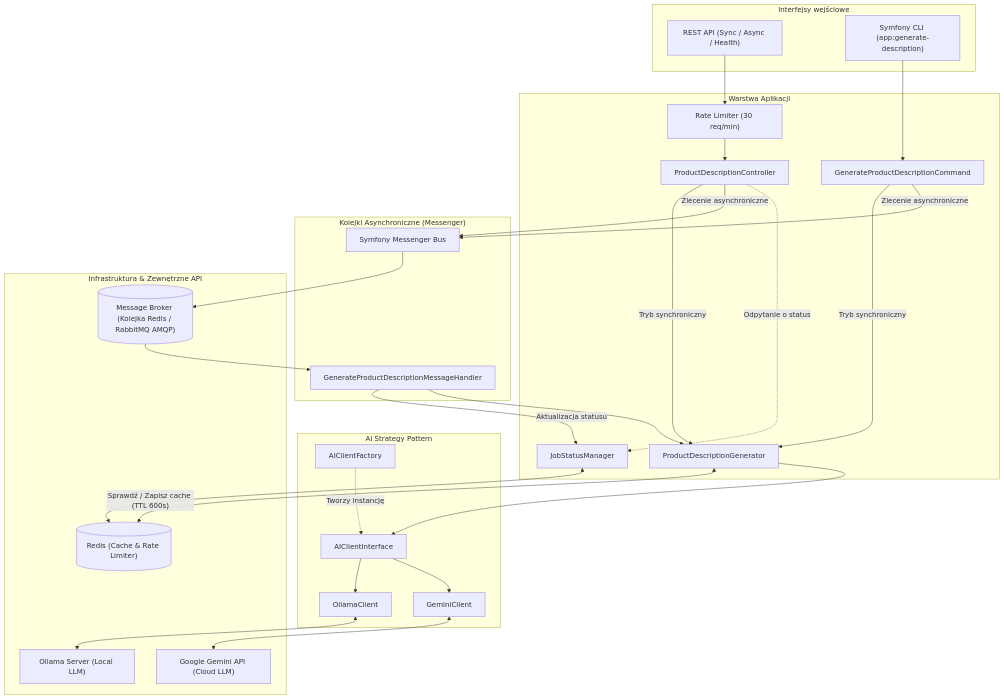
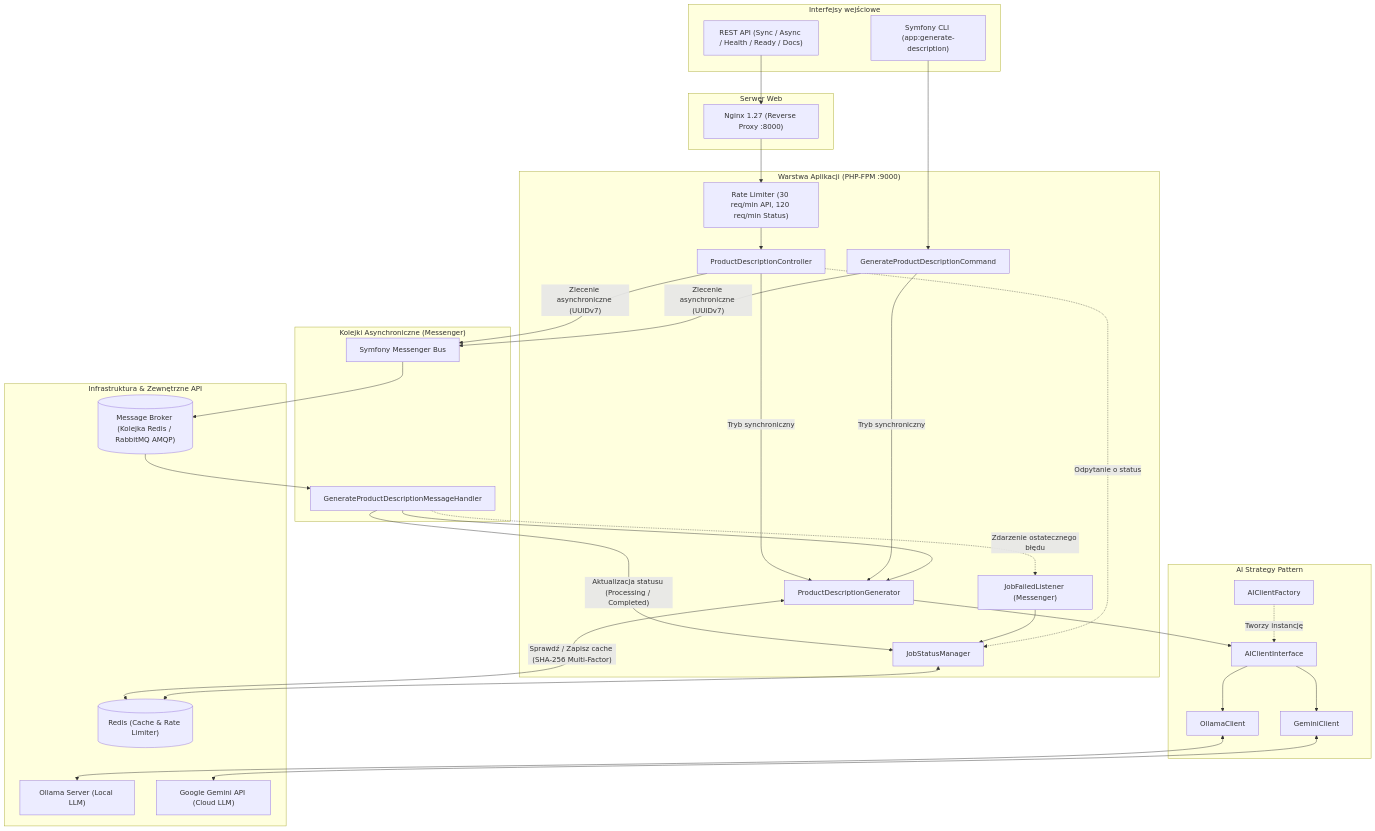
The diagram in README.pl.md (michal-kraus/ai-product-description-microservice), drawn with Mermaid before and after one commit. The commit also changed other lines of this file and 2 other files, not shown here.

Commit message:
docs: update api specification and documentation for recent architecture changes

````diff
--- a/README.pl.md
+++ b/README.pl.md
@@ -25,60 +25,66 @@
 ```mermaid
 flowchart TD
     subgraph Clients ["Interfejsy wejściowe"]
-        HTTP["REST API (Sync / Async / Health)"]
+        HTTP["REST API (Sync / Async / Health / Ready / Docs)"]
         CLI["Symfony CLI (app:generate-description)"]
     end
 
-    subgraph App ["Warstwa Aplikacji"]
-        Limiter["Rate Limiter (30 req/min)"]
+    subgraph WebServer ["Serwer Web"]
+        Nginx["Nginx 1.27 (Reverse Proxy :8000)"]
+    end
+
+    subgraph App ["Warstwa Aplikacji (PHP-FPM :9000)"]
+        Limiter["Rate Limiter (30 req/min API, 120 req/min Status)"]
         Controller["ProductDescriptionController"]
         Command["GenerateProductDescriptionCommand"]
         Generator["ProductDescriptionGenerator"]
         JobManager["JobStatusManager"]
+        JobListener["JobFailedListener (Messenger)"]
     end
 
     subgraph MessengerLayer ["Kolejki Asynchroniczne (Messenger)"]
         Bus["Symfony Messenger Bus"]
         Handler["GenerateProductDescriptionMessageHandler"]
     end
 
     subgraph AIService ["AI Strategy Pattern"]
         Factory["AIClientFactory"]
         Strategy["AIClientInterface"]
         Ollama["OllamaClient"]
         Gemini["GeminiClient"]
     end
 
     subgraph Infra ["Infrastruktura & Zewnętrzne API"]
         RedisCache[("Redis (Cache & Rate Limiter)")]
         Queues[("Message Broker (Kolejka Redis / RabbitMQ AMQP)")]
         OllamaSrv["Ollama Server (Local LLM)"]
         GeminiAPI["Google Gemini API (Cloud LLM)"]
     end
 
-    HTTP --> Limiter --> Controller
+    HTTP --> Nginx --> Limiter --> Controller
     CLI --> Command
 
     Controller -- "Tryb synchroniczny" --> Generator
     Command -- "Tryb synchroniczny" --> Generator
 
-    Controller -- "Zlecenie asynchroniczne" --> Bus
-    Command -- "Zlecenie asynchroniczne" --> Bus
+    Controller -- "Zlecenie asynchroniczne (UUIDv7)" --> Bus
+    Command -- "Zlecenie asynchroniczne (UUIDv7)" --> Bus
 
     Bus --> Queues --> Handler
-    Handler -- "Aktualizacja statusu" --> JobManager
+    Handler -- "Aktualizacja statusu (Processing / Completed)" --> JobManager
     Handler --> Generator
+    Handler -. "Zdarzenie ostatecznego błędu" .-> JobListener --> JobManager
 
-    Generator <-->|"Sprawdź / Zapisz cache (TTL 600s)"| RedisCache
+    Generator <-->|"Sprawdź / Zapisz cache (SHA-256 Multi-Factor)"| RedisCache
     Generator --> Strategy
 
     Factory -. "Tworzy instancję" .-> Strategy
     Strategy --> Ollama
     Strategy --> Gemini
 
     Ollama <--> OllamaSrv
     Gemini <--> GeminiAPI
 
     Controller -. "Odpytanie o status" .-> JobManager
     JobManager <--> RedisCache
 ```
````
